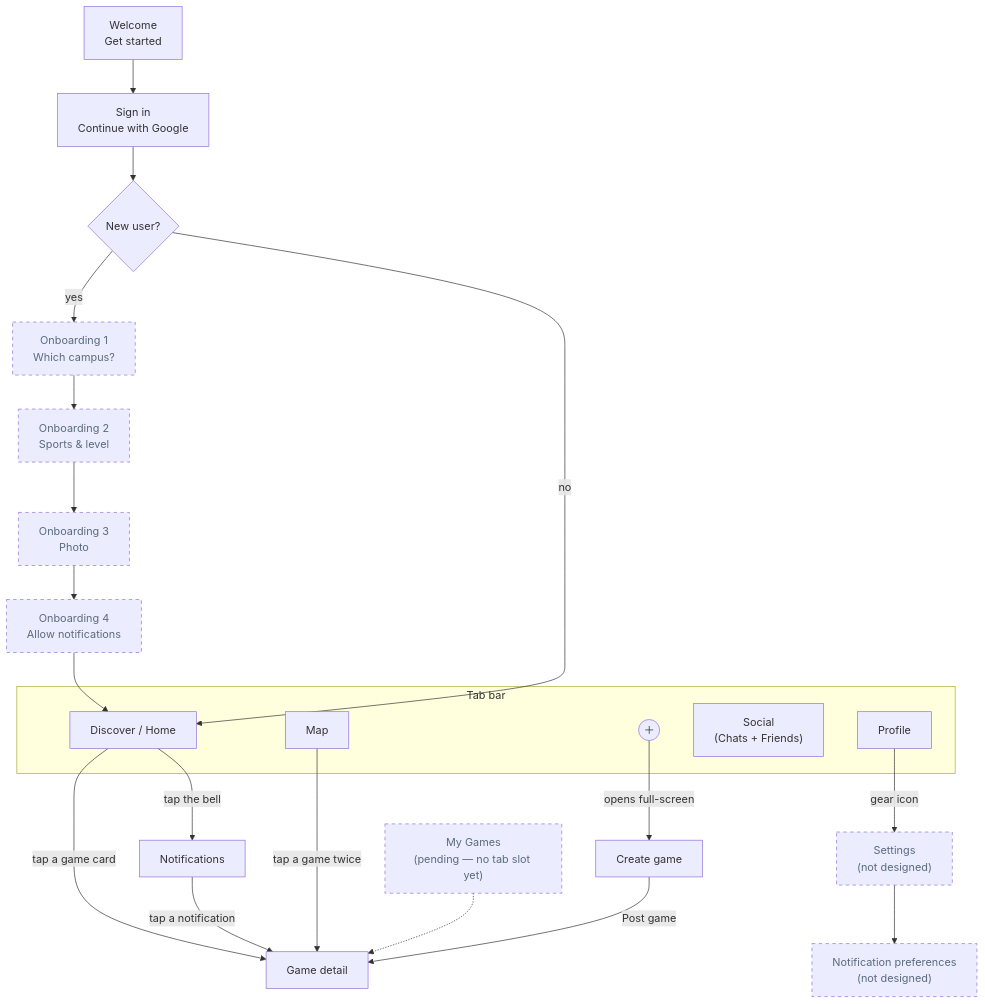
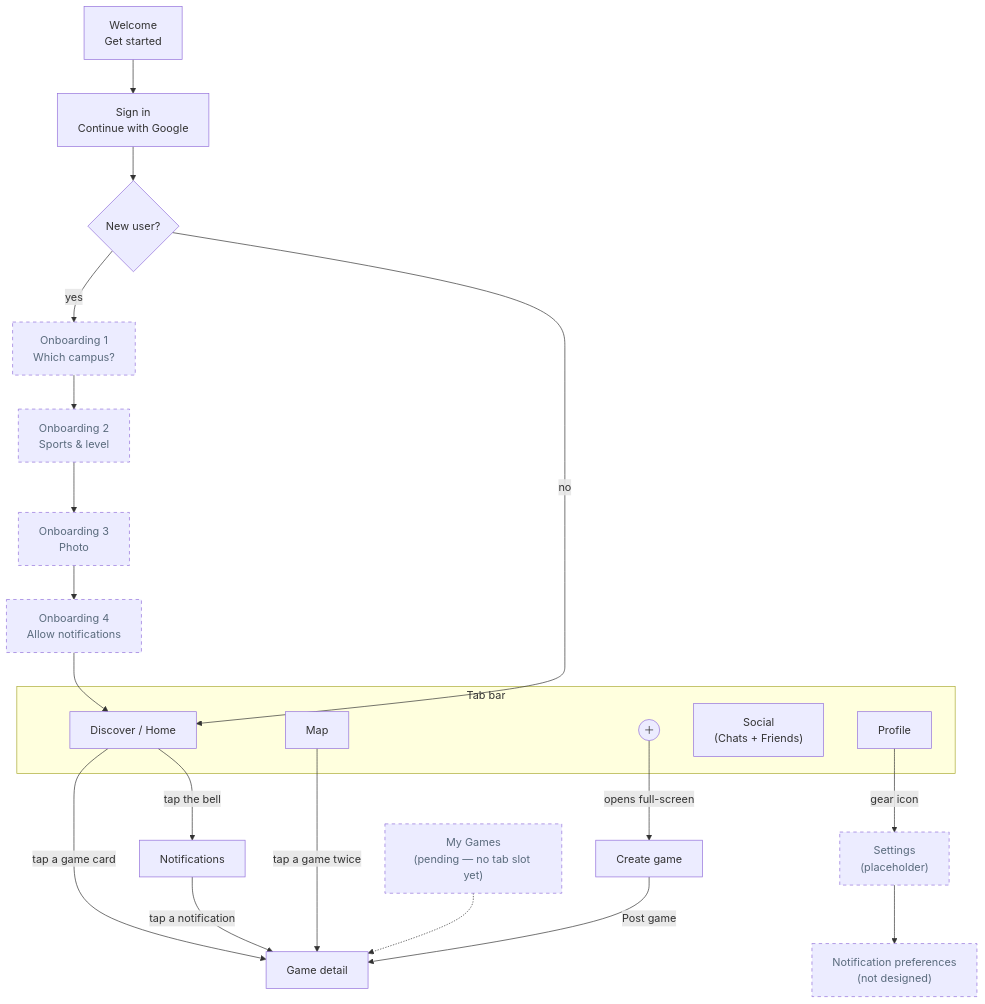
Before and after one commit to aymanlaassel/pantherplay: the third of 9 diagrams in docs/ARCHITECTURE.md, drawn with Mermaid. The commit also changed other lines of this file and 11 other files, not shown here.

First line of the commit message:
Add Profile screen and Settings placeholder (W2-08) (#57)

````diff
--- a/docs/ARCHITECTURE.md
+++ b/docs/ARCHITECTURE.md
@@ -147,32 +147,32 @@
 ```mermaid
 flowchart TD
   Welcome["Welcome<br/>Get started"] --> SignIn["Sign in<br/>Continue with Google"]
   SignIn --> Gate{"New user?"}
   Gate -- yes --> Campus["Onboarding 1<br/>Which campus?"]
   Campus --> Sports["Onboarding 2<br/>Sports & level"]
   Sports --> Photo["Onboarding 3<br/>Photo"]
   Photo --> Notif["Onboarding 4<br/>Allow notifications"]
   Notif --> Discover
   Gate -- no --> Discover
 
   subgraph TabBar["Tab bar"]
     Discover["Discover / Home"]
     MapTab["Map"]
     Plus(("＋"))
     Social["Social<br/>(Chats + Friends)"]
     Profile["Profile"]
   end
 
   Discover -- "tap a game card" --> Detail["Game detail"]
   MapTab -- "tap a game twice" --> Detail
   Discover -- "tap the bell" --> Notifications["Notifications"]
   Plus -- "opens full-screen" --> Create["Create game"]
   Create -- "Post game" --> Detail
-  Profile -- "gear icon" --> Settings["Settings<br/>(not designed)"]
+  Profile -- "gear icon" --> Settings["Settings<br/>(placeholder)"]
   Settings --> NotifPrefs["Notification preferences<br/>(not designed)"]
   Notifications -- "tap a notification" --> Detail
   MyGames["My Games<br/>(pending — no tab slot yet)"] -.-> Detail
 
   classDef pending stroke-dasharray: 5 5,color:#5A6B7D
   class Settings,NotifPrefs,MyGames,Campus,Sports,Photo,Notif pending
 ```
````
